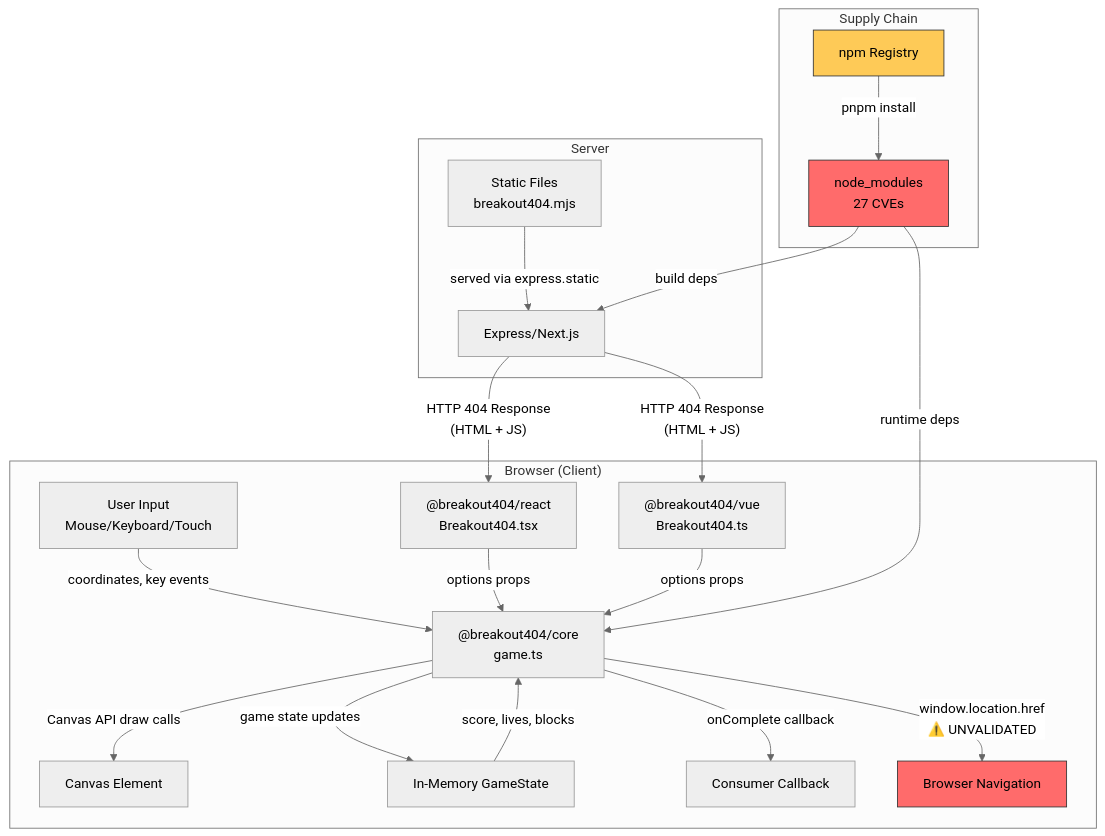
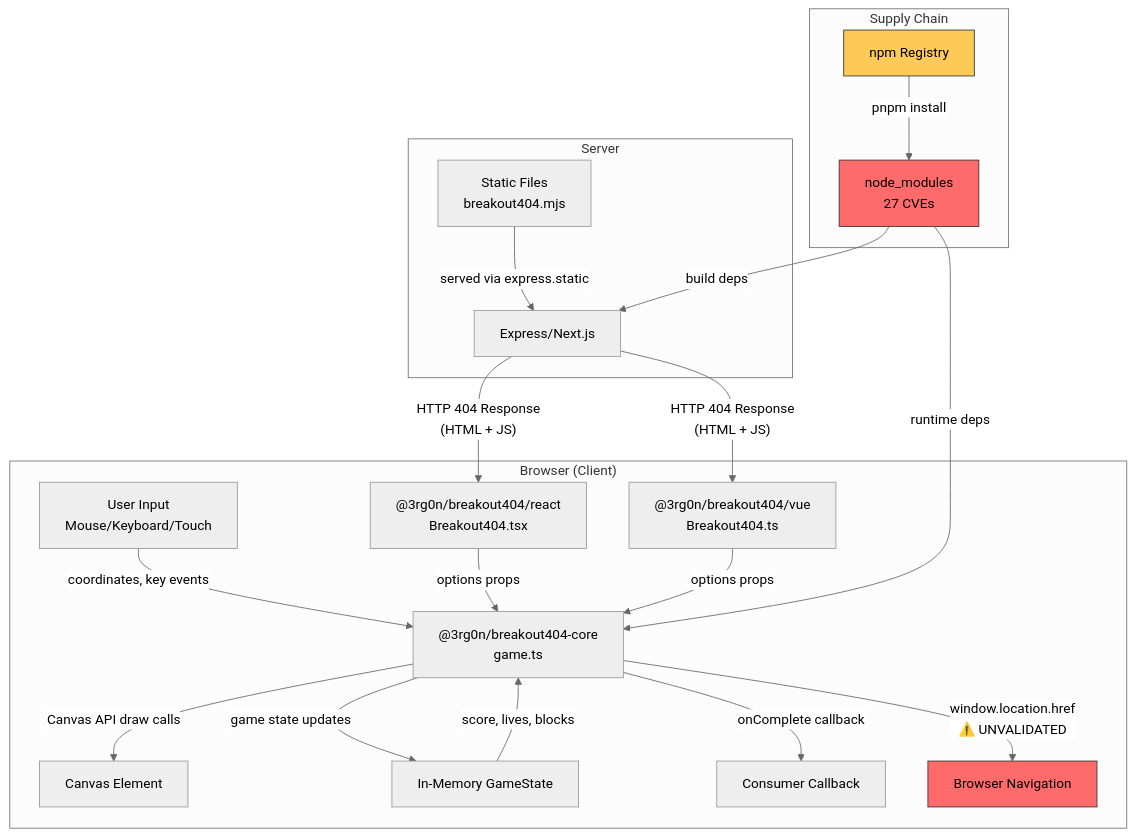
One commit to 3rg0n/breakout404 changed the diagram in THREAT_MODEL.md. Above: the diagram before and after it, drawn with Mermaid (neutral theme). The commit also changed other lines of this file and 20 other files, not shown here.

````diff
--- a/THREAT_MODEL.md
+++ b/THREAT_MODEL.md
@@ -316,30 +316,30 @@
 ```mermaid
 graph TD
     subgraph "Browser (Client)"
-        A[User Input<br/>Mouse/Keyboard/Touch] -->|coordinates, key events| B["@breakout404/core<br/>game.ts"]
+        A[User Input<br/>Mouse/Keyboard/Touch] -->|coordinates, key events| B["@3rg0n/breakout404-core<br/>game.ts"]
         B -->|Canvas API draw calls| C[Canvas Element]
         B -->|game state updates| D[In-Memory GameState]
         D -->|score, lives, blocks| B
         B -->|onComplete callback| E[Consumer Callback]
         B -->|"window.location.href<br/>⚠️ UNVALIDATED"| F[Browser Navigation]
 
-        G["@breakout404/react<br/>Breakout404.tsx"] -->|options props| B
-        H["@breakout404/vue<br/>Breakout404.ts"] -->|options props| B
+        G["@3rg0n/breakout404/react<br/>Breakout404.tsx"] -->|options props| B
+        H["@3rg0n/breakout404/vue<br/>Breakout404.ts"] -->|options props| B
     end
 
     subgraph "Server"
         I[Express/Next.js] -->|"HTTP 404 Response<br/>(HTML + JS)"| G
         I -->|"HTTP 404 Response<br/>(HTML + JS)"| H
         J[Static Files<br/>breakout404.mjs] -->|served via express.static| I
     end
 
     subgraph "Supply Chain"
         K[npm Registry] -->|pnpm install| L[node_modules<br/>27 CVEs]
         L -->|build deps| I
         L -->|runtime deps| B
     end
 
     style F fill:#ff6b6b,stroke:#333,color:#000
     style L fill:#ff6b6b,stroke:#333,color:#000
     style K fill:#feca57,stroke:#333,color:#000
 ```
````
